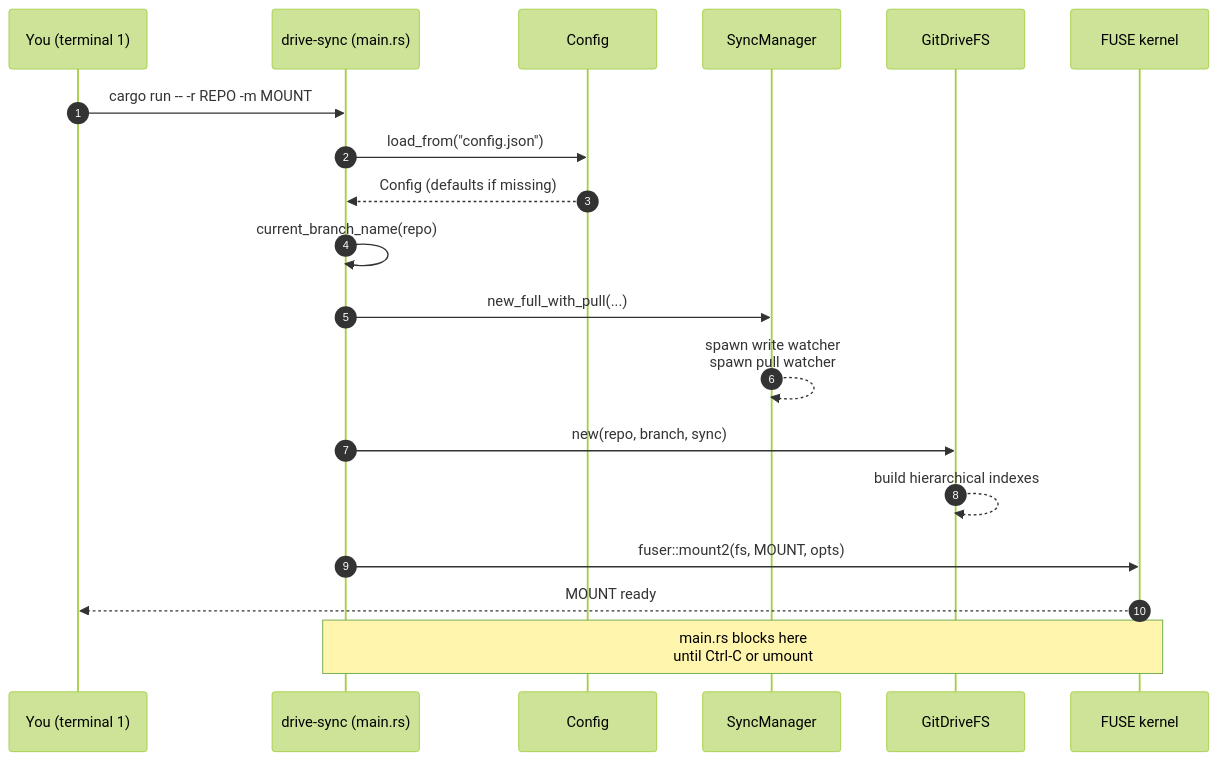
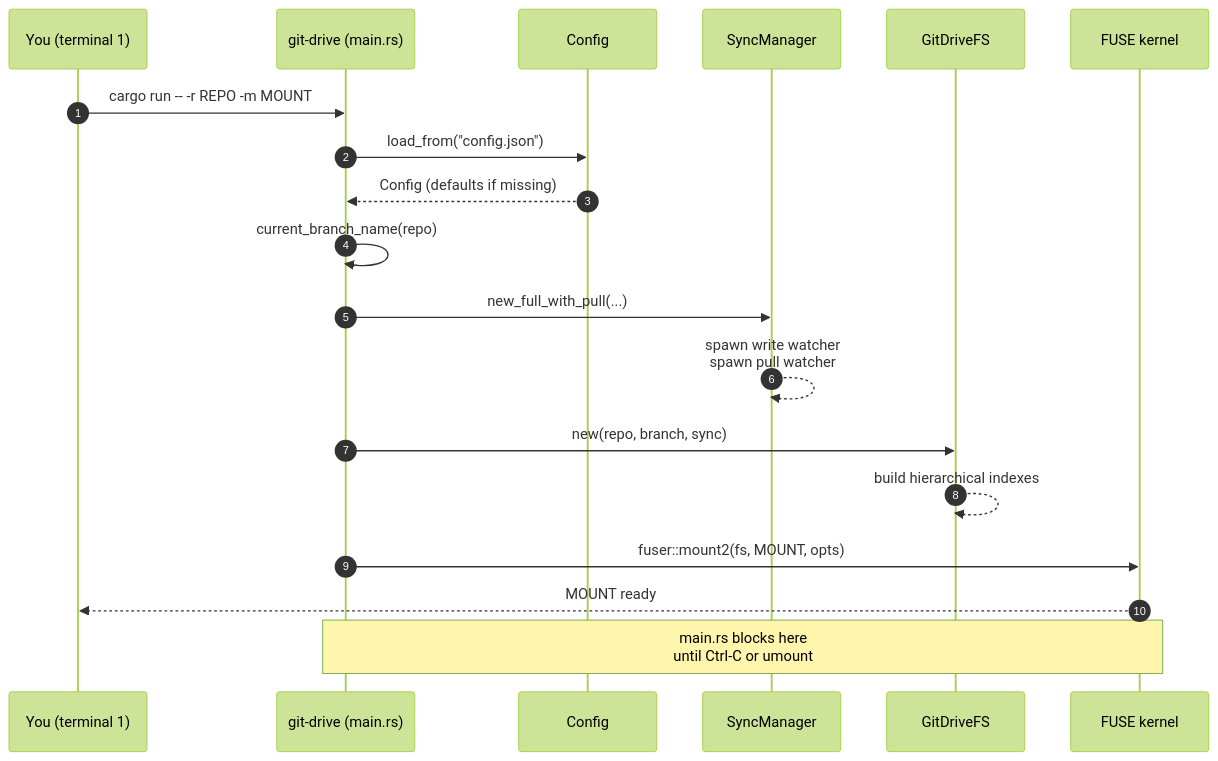
The second of 2 diagrams in docs/usage.md (giacomeli/git-drive), drawn with Mermaid (forest theme) before and after one commit. The commit also changed other lines of this file and 31 other files, not shown here.

First line of the commit message:
refactor: renomear projeto drive-sync -> git-drive

````diff
--- a/docs/usage.md
+++ b/docs/usage.md
@@ -259,21 +259,21 @@
 ```mermaid
 sequenceDiagram
     autonumber
     participant U as You (terminal 1)
-    participant M as drive-sync (main.rs)
+    participant M as git-drive (main.rs)
     participant C as Config
     participant S as SyncManager
     participant F as GitDriveFS
     participant K as FUSE kernel
     U->>M: cargo run -- -r REPO -m MOUNT
     M->>C: load_from("config.json")
     C-->>M: Config (defaults if missing)
     M->>M: current_branch_name(repo)
     M->>S: new_full_with_pull(...)
     S-->>S: spawn write watcher<br/>spawn pull watcher
     M->>F: new(repo, branch, sync)
     F-->>F: build hierarchical indexes
     M->>K: fuser::mount2(fs, MOUNT, opts)
     K-->>U: MOUNT ready
     Note over M,K: main.rs blocks here<br/>until Ctrl-C or umount
 ```
````
